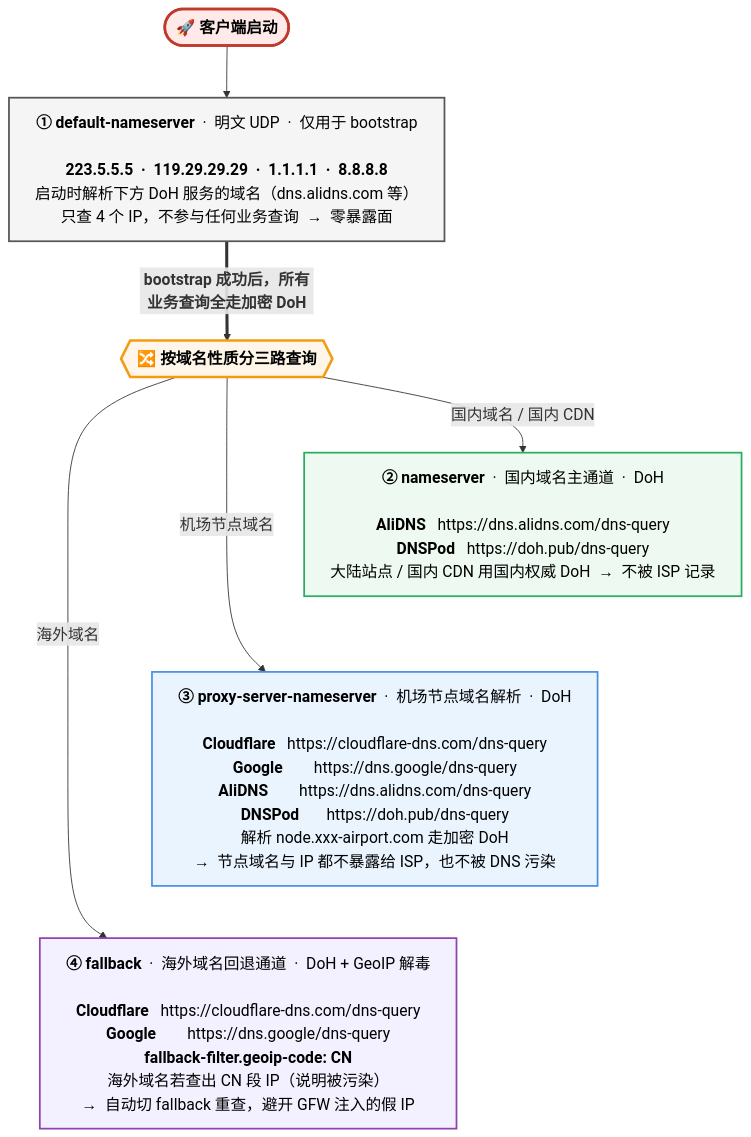
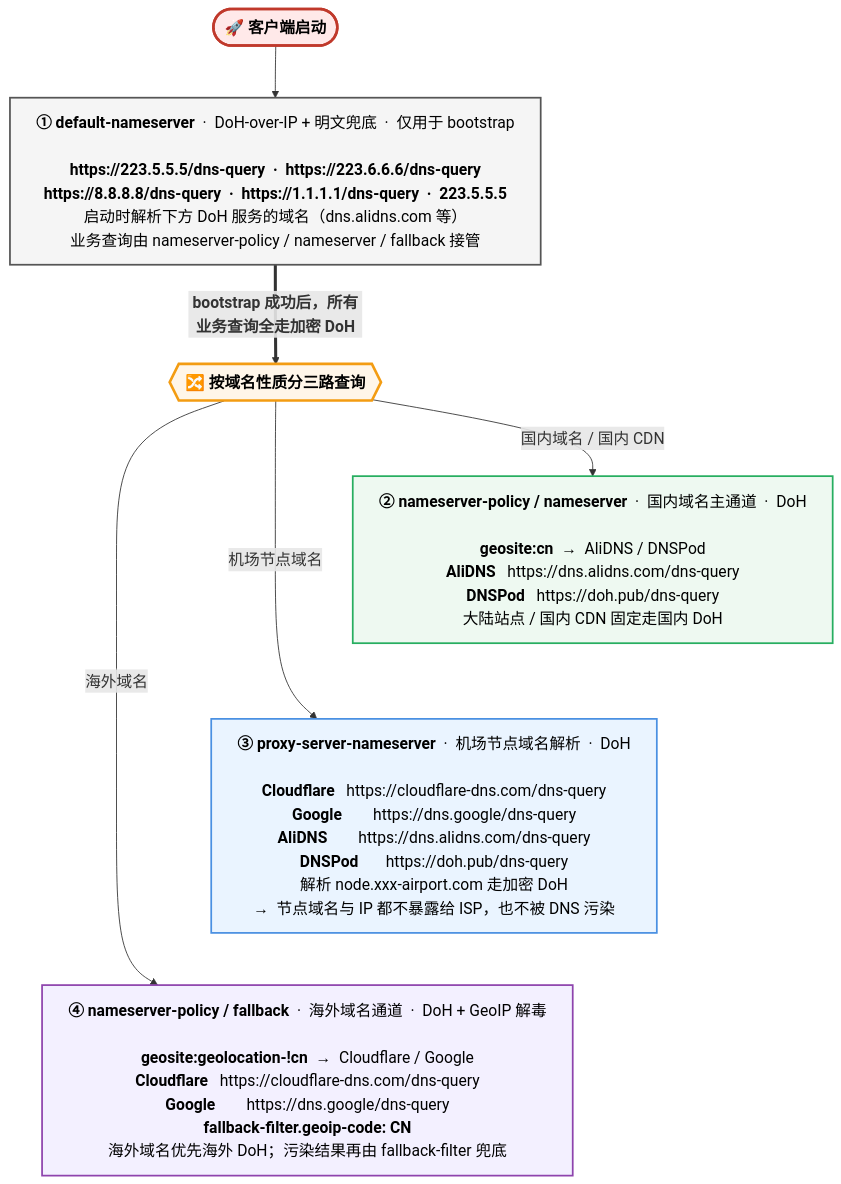
The third of 3 diagrams in README.md (Charlson852/Smart-Config-Kit), drawn with Mermaid before and after one commit. The commit also changed 44 other files, not shown here.

Commit message:
fix: add geosite DNS policy across mihomo outputs [agent: codex]

````diff
--- a/README.md
+++ b/README.md
@@ -129,39 +129,39 @@
 ```mermaid
 ---
 config:
   flowchart:
     htmlLabels: true
     wrappingWidth: 1000
     nodeSpacing: 50
     rankSpacing: 60
   themeVariables:
     fontSize: 18px
 ---
 flowchart TB
     Start(["<b>🚀 客户端启动</b>"])
 
-    L1["<b>① default-nameserver</b> &nbsp;·&nbsp; 明文 UDP &nbsp;·&nbsp; 仅用于 bootstrap<br/><br/><b>223.5.5.5 &nbsp;·&nbsp; 119.29.29.29 &nbsp;·&nbsp; 1.1.1.1 &nbsp;·&nbsp; 8.8.8.8</b><br/>启动时解析下方 DoH 服务的域名（dns.alidns.com 等）<br/>只查 4 个 IP，不参与任何业务查询 &nbsp;→&nbsp; 零暴露面"]
+    L1["<b>① default-nameserver</b> &nbsp;·&nbsp; DoH-over-IP + 明文兜底 &nbsp;·&nbsp; 仅用于 bootstrap<br/><br/><b>https://223.5.5.5/dns-query &nbsp;·&nbsp; https://223.6.6.6/dns-query</b><br/><b>https://8.8.8.8/dns-query &nbsp;·&nbsp; https://1.1.1.1/dns-query &nbsp;·&nbsp; 223.5.5.5</b><br/>启动时解析下方 DoH 服务的域名（dns.alidns.com 等）<br/>业务查询由 nameserver-policy / nameserver / fallback 接管"]
 
     Gate{{"<b>🔀 按域名性质分三路查询</b>"}}
 
-    L2["<b>② nameserver</b> &nbsp;·&nbsp; 国内域名主通道 &nbsp;·&nbsp; DoH<br/><br/><b>AliDNS</b> &nbsp; https://dns.alidns.com/dns-query<br/><b>DNSPod</b> &nbsp; https://doh.pub/dns-query<br/>大陆站点 / 国内 CDN 用国内权威 DoH &nbsp;→&nbsp; 不被 ISP 记录"]
+    L2["<b>② nameserver-policy / nameserver</b> &nbsp;·&nbsp; 国内域名主通道 &nbsp;·&nbsp; DoH<br/><br/><b>geosite:cn</b> &nbsp;→&nbsp; AliDNS / DNSPod<br/><b>AliDNS</b> &nbsp; https://dns.alidns.com/dns-query<br/><b>DNSPod</b> &nbsp; https://doh.pub/dns-query<br/>大陆站点 / 国内 CDN 固定走国内 DoH"]
 
     L3["<b>③ proxy-server-nameserver</b> &nbsp;·&nbsp; 机场节点域名解析 &nbsp;·&nbsp; DoH<br/><br/><b>Cloudflare</b> &nbsp; https://cloudflare-dns.com/dns-query<br/><b>Google</b> &nbsp;&nbsp;&nbsp;&nbsp;&nbsp;&nbsp; https://dns.google/dns-query<br/><b>AliDNS</b> &nbsp;&nbsp;&nbsp;&nbsp;&nbsp;&nbsp; https://dns.alidns.com/dns-query<br/><b>DNSPod</b> &nbsp;&nbsp;&nbsp;&nbsp;&nbsp; https://doh.pub/dns-query<br/>解析 node.xxx-airport.com 走加密 DoH<br/>→&nbsp; 节点域名与 IP 都不暴露给 ISP，也不被 DNS 污染"]
 
-    L4["<b>④ fallback</b> &nbsp;·&nbsp; 海外域名回退通道 &nbsp;·&nbsp; DoH + GeoIP 解毒<br/><br/><b>Cloudflare</b> &nbsp; https://cloudflare-dns.com/dns-query<br/><b>Google</b> &nbsp;&nbsp;&nbsp;&nbsp;&nbsp;&nbsp; https://dns.google/dns-query<br/><b>fallback-filter.geoip-code: CN</b><br/>海外域名若查出 CN 段 IP（说明被污染）<br/>→&nbsp; 自动切 fallback 重查，避开 GFW 注入的假 IP"]
+    L4["<b>④ nameserver-policy / fallback</b> &nbsp;·&nbsp; 海外域名通道 &nbsp;·&nbsp; DoH + GeoIP 解毒<br/><br/><b>geosite:geolocation-!cn</b> &nbsp;→&nbsp; Cloudflare / Google<br/><b>Cloudflare</b> &nbsp; https://cloudflare-dns.com/dns-query<br/><b>Google</b> &nbsp;&nbsp;&nbsp;&nbsp;&nbsp;&nbsp; https://dns.google/dns-query<br/><b>fallback-filter.geoip-code: CN</b><br/>海外域名优先海外 DoH；污染结果再由 fallback-filter 兜底"]
 
     Start --> L1
     L1 ==>|"<b>bootstrap 成功后，所有业务查询全走加密 DoH</b>"| Gate
     Gate -->|"国内域名 / 国内 CDN"| L2
     Gate -->|"机场节点域名"| L3
     Gate -->|"海外域名"| L4
     L2 ~~~ L3
     L3 ~~~ L4
 
     style Start fill:#FFE9E9,stroke:#C0392B,stroke-width:3px,color:#000
     style L1 fill:#F5F5F5,stroke:#555,stroke-width:2px,color:#000
     style Gate fill:#FFF6E9,stroke:#F39C12,stroke-width:3px,color:#000
     style L2 fill:#EEF9F1,stroke:#27AE60,stroke-width:2px,color:#000
     style L3 fill:#EAF4FF,stroke:#4A90E2,stroke-width:2px,color:#000
     style L4 fill:#F3F0FF,stroke:#8E44AD,stroke-width:2px,color:#000
 ```
````
